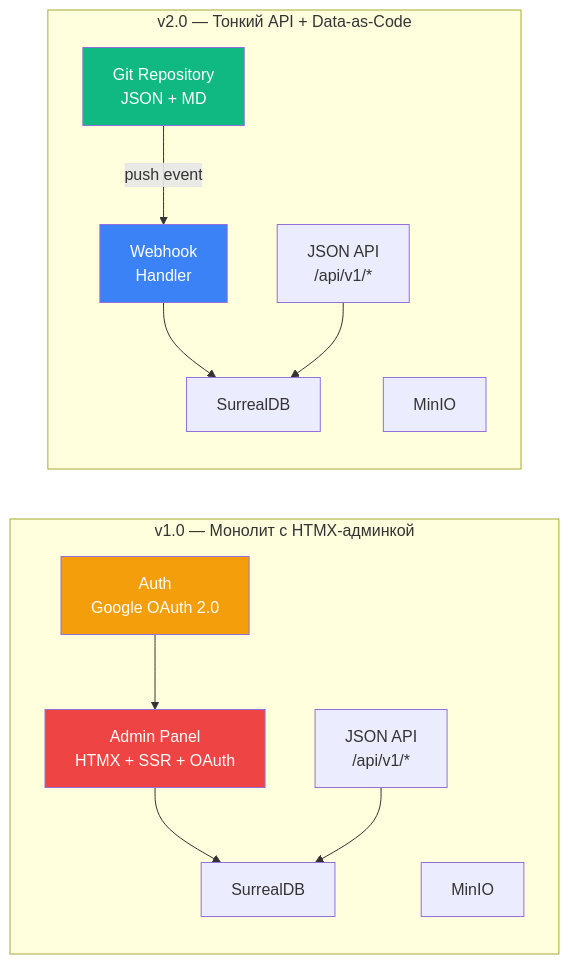
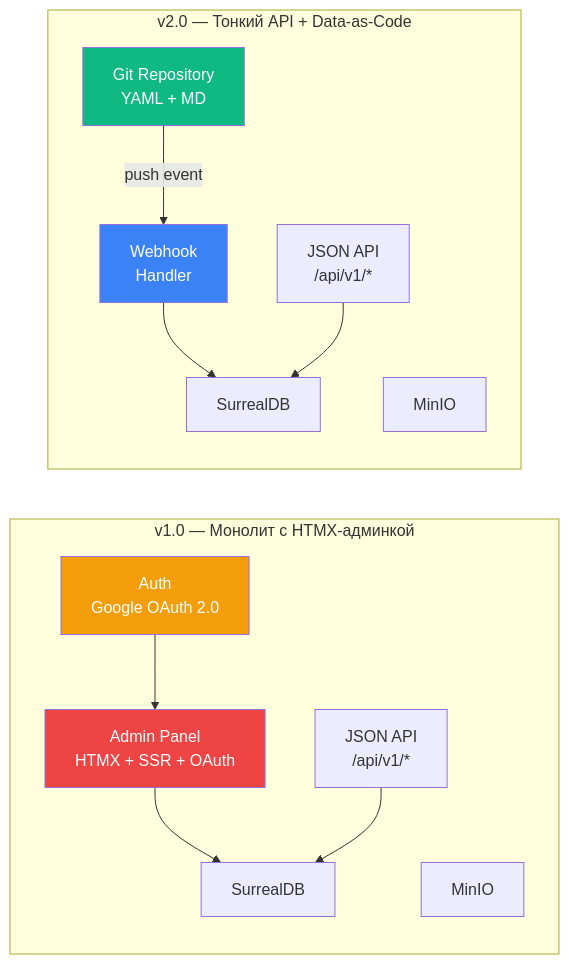
The sixth of 6 diagrams in docs/system-design/02-architectural-vision.md (Map130/Universities_KZ), drawn with Mermaid before and after one commit. The commit also changed other lines of this file and 15 other files, not shown here.

````diff
--- a/docs/system-design/02-architectural-vision.md
+++ b/docs/system-design/02-architectural-vision.md
@@ -394,31 +394,31 @@
 ```mermaid
 graph LR
     subgraph "v1.0 — Монолит с HTMX-админкой"
         A_ADMIN["Admin Panel<br/>HTMX + SSR + OAuth"]
         A_API["JSON API<br/>/api/v1/*"]
         A_AUTH["Auth<br/>Google OAuth 2.0"]
         A_DB["SurrealDB"]
         A_MINIO["MinIO"]
     end
 
     subgraph "v2.0 — Тонкий API + Data-as-Code"
-        B_GIT["Git Repository<br/>JSON + MD"]
+        B_GIT["Git Repository<br/>YAML + MD"]
         B_WEBHOOK["Webhook<br/>Handler"]
         B_API["JSON API<br/>/api/v1/*"]
         B_DB["SurrealDB"]
         B_MINIO["MinIO"]
     end
 
     A_ADMIN --> A_DB
     A_AUTH --> A_ADMIN
     A_API --> A_DB
 
     B_GIT -->|push event| B_WEBHOOK
     B_WEBHOOK --> B_DB
     B_API --> B_DB
 
     style A_ADMIN fill:#EF4444,color:#fff
     style A_AUTH fill:#F59E0B,color:#fff
     style B_GIT fill:#10B981,color:#fff
     style B_WEBHOOK fill:#3B82F6,color:#fff
 ```
````
